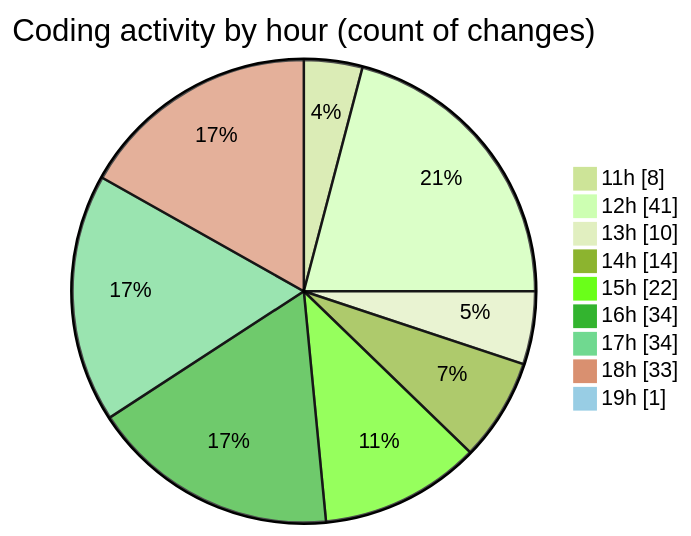
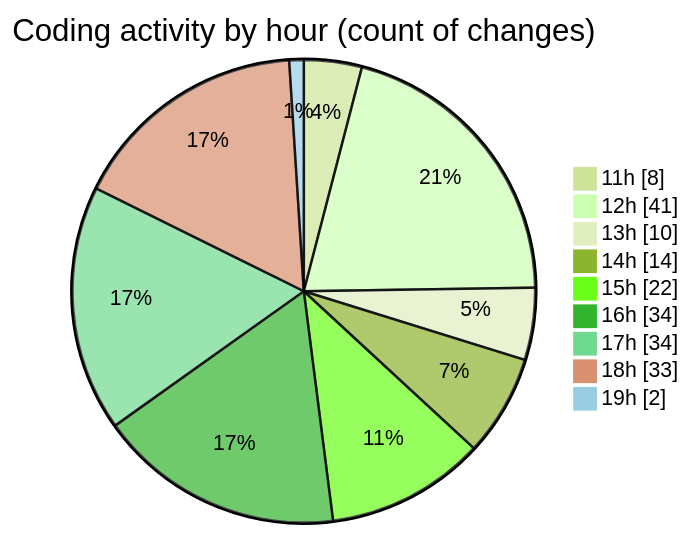
One commit to BS-eng2023/code-tracking changed the second of 2 diagrams in 2025-05-04/project/README.md. Above: the diagram before and after it, drawn with Mermaid (forest theme). The commit also changed other lines of this file and 1 other file, not shown here.

````diff
--- a/2025-05-04/project/README.md
+++ b/2025-05-04/project/README.md
@@ -54,13 +54,13 @@
 ```mermaid
 pie showData
 title Coding activity by hour (count of changes)
 "11h" : 8
 "12h" : 41
 "13h" : 10
 "14h" : 14
 "15h" : 22
 "16h" : 34
 "17h" : 34
 "18h" : 33
-"19h" : 1
+"19h" : 2
 ```
````
